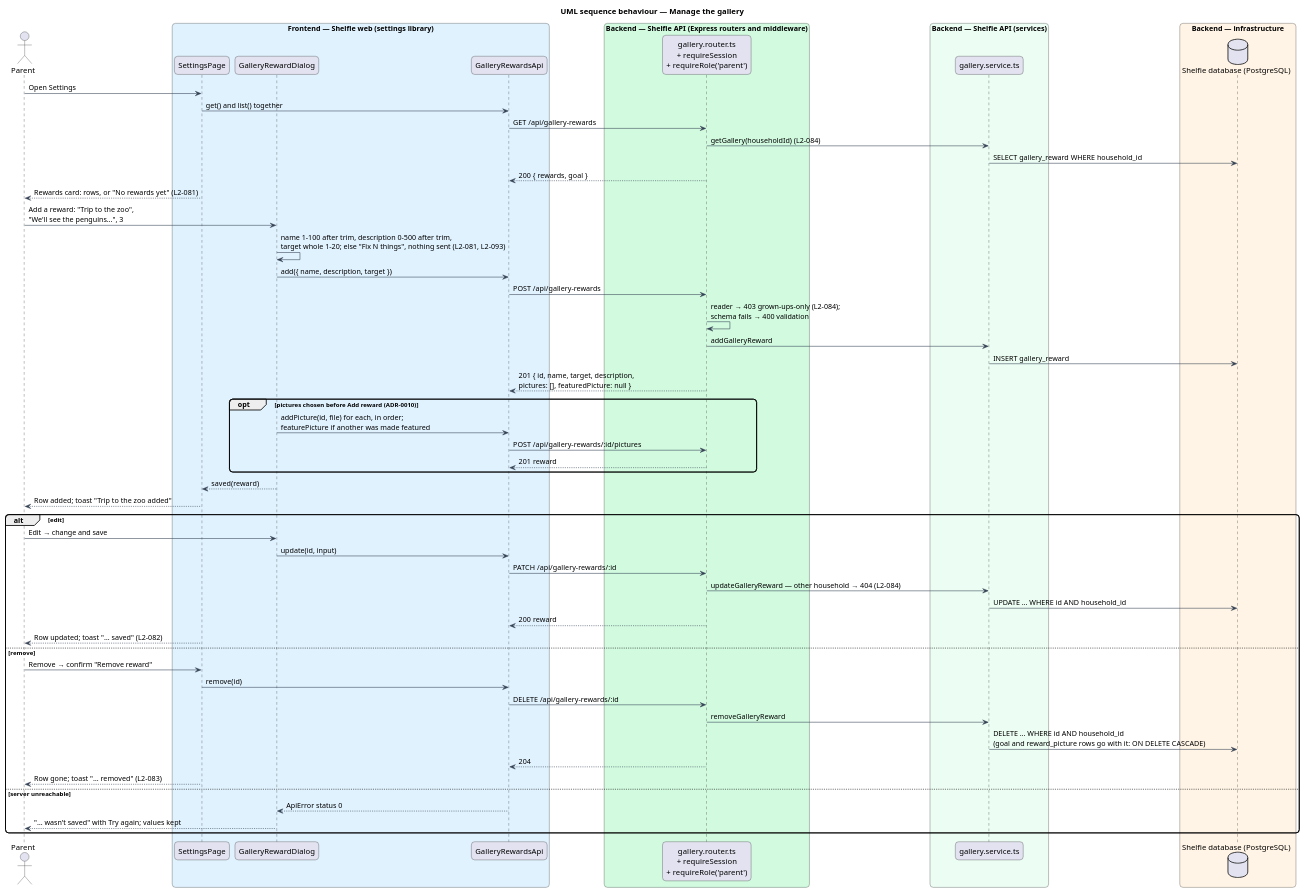
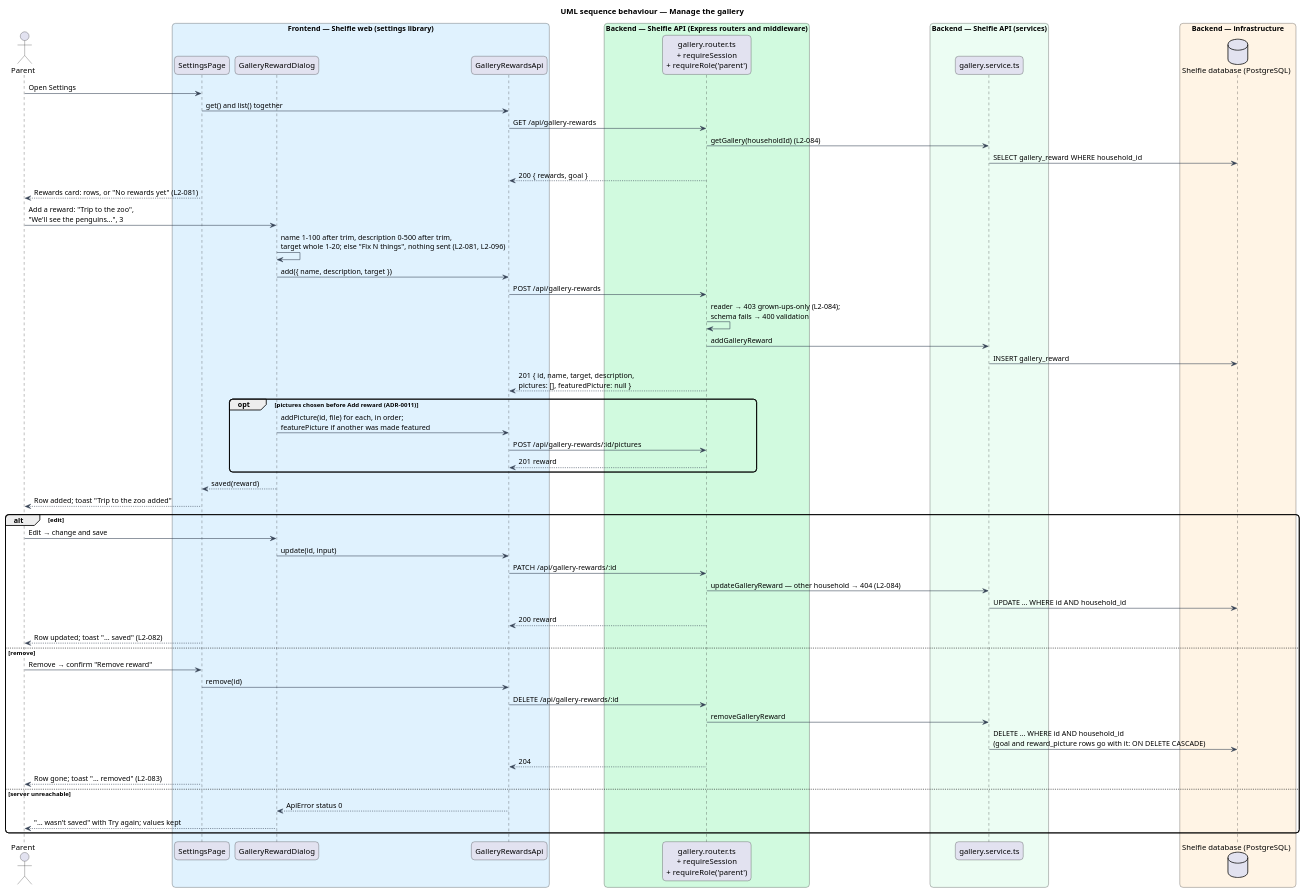
One commit to QuinntyneBrown/shelfie changed the diagram in docs/detailed-designs/review/reward-gallery/diagrams/sequence-manage-gallery.puml. Above: the diagram before and after it, drawn with PlantUML. The commit also changed 50 other files, not shown here.

Commit message:
Renumber reward descriptions and pictures to L2-096 to L2-101 and ADR-0011, after main took L2-093 to L2-095 and ADR-0010

```diff
--- a/docs/detailed-designs/review/reward-gallery/diagrams/sequence-manage-gallery.puml
+++ b/docs/detailed-designs/review/reward-gallery/diagrams/sequence-manage-gallery.puml
@@ -1,66 +1,66 @@
 @startuml
 title UML sequence behaviour — Manage the gallery
 skinparam backgroundColor #FFFFFF
 skinparam shadowing false
 skinparam roundcorner 12
 skinparam defaultFontName Arial
 skinparam ArrowColor #344054
 actor "Parent" as parent
 box "Frontend — Shelfie web (settings library)" #E0F2FE
   participant "SettingsPage" as page
   participant "GalleryRewardDialog" as dialog
   participant "GalleryRewardsApi" as client
 end box
 box "Backend — Shelfie API (Express routers and middleware)" #D1FADF
   participant "gallery.router.ts\n+ requireSession\n+ requireRole('parent')" as router
 end box
 box "Backend — Shelfie API (services)" #ECFDF3
   participant "gallery.service.ts" as service
 end box
 box "Backend — infrastructure" #FFF4E5
   database "Shelfie database (PostgreSQL)" as db
 end box
 
 parent -> page : Open Settings
 page -> client : get() and list() together
 client -> router : GET /api/gallery-rewards
 router -> service : getGallery(householdId) (L2-084)
 service -> db : SELECT gallery_reward WHERE household_id
 router --> client : 200 { rewards, goal }
 page --> parent : Rewards card: rows, or "No rewards yet" (L2-081)
 parent -> dialog : Add a reward: "Trip to the zoo",\n"We'll see the penguins…", 3
-dialog -> dialog : name 1–100 after trim, description 0–500 after trim,\ntarget whole 1–20; else "Fix N things", nothing sent (L2-081, L2-093)
+dialog -> dialog : name 1–100 after trim, description 0–500 after trim,\ntarget whole 1–20; else "Fix N things", nothing sent (L2-081, L2-096)
 dialog -> client : add({ name, description, target })
 client -> router : POST /api/gallery-rewards
 router -> router : reader → 403 grown-ups-only (L2-084);\nschema fails → 400 validation
 router -> service : addGalleryReward
 service -> db : INSERT gallery_reward
 router --> client : 201 { id, name, target, description,\npictures: [], featuredPicture: null }
-opt pictures chosen before Add reward (ADR-0010)
+opt pictures chosen before Add reward (ADR-0011)
   dialog -> client : addPicture(id, file) for each, in order;\nfeaturePicture if another was made featured
   client -> router : POST /api/gallery-rewards/:id/pictures
   router --> client : 201 reward
 end
 dialog --> page : saved(reward)
 page --> parent : Row added; toast "Trip to the zoo added"
 alt edit
   parent -> dialog : Edit → change and save
   dialog -> client : update(id, input)
   client -> router : PATCH /api/gallery-rewards/:id
   router -> service : updateGalleryReward — other household → 404 (L2-084)
   service -> db : UPDATE … WHERE id AND household_id
   router --> client : 200 reward
   page --> parent : Row updated; toast "… saved" (L2-082)
 else remove
   parent -> page : Remove → confirm "Remove reward"
   page -> client : remove(id)
   client -> router : DELETE /api/gallery-rewards/:id
   router -> service : removeGalleryReward
   service -> db : DELETE … WHERE id AND household_id\n(goal and reward_picture rows go with it: ON DELETE CASCADE)
   router --> client : 204
   page --> parent : Row gone; toast "… removed" (L2-083)
 else server unreachable
   client --> dialog : ApiError status 0
   dialog --> parent : "… wasn’t saved" with Try again; values kept
 end
 @enduml
```
